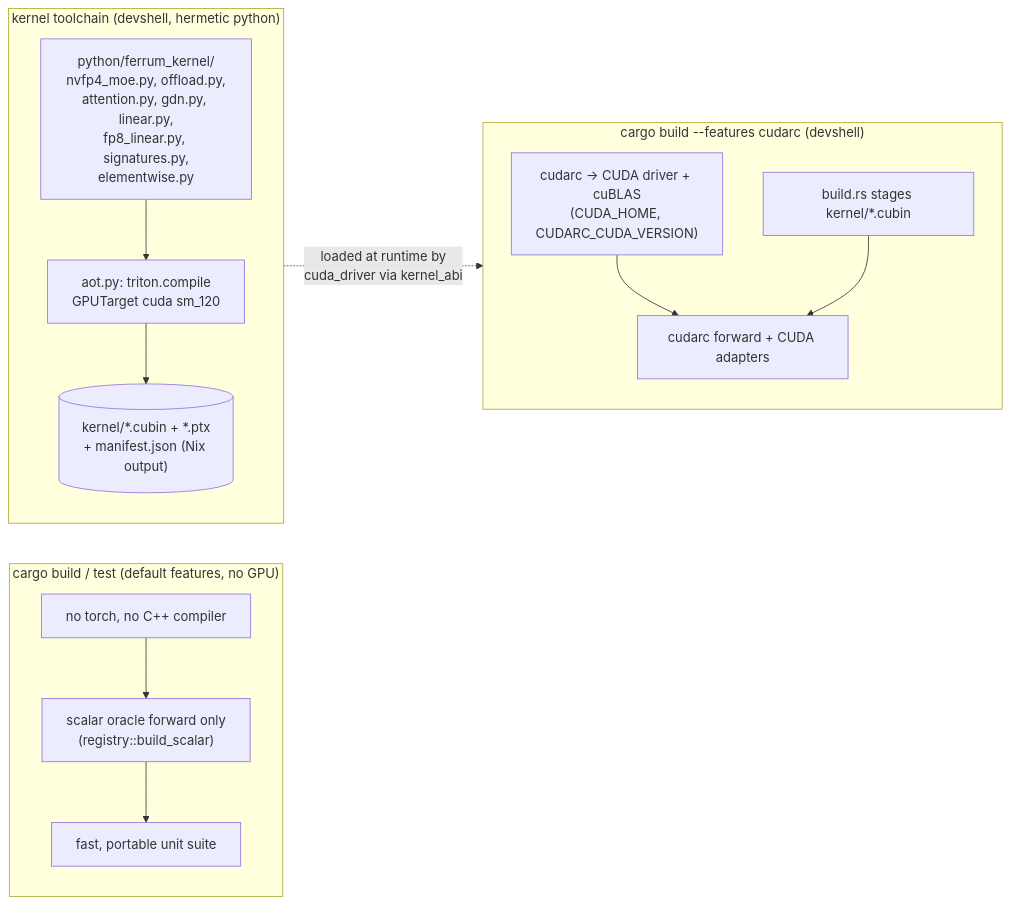
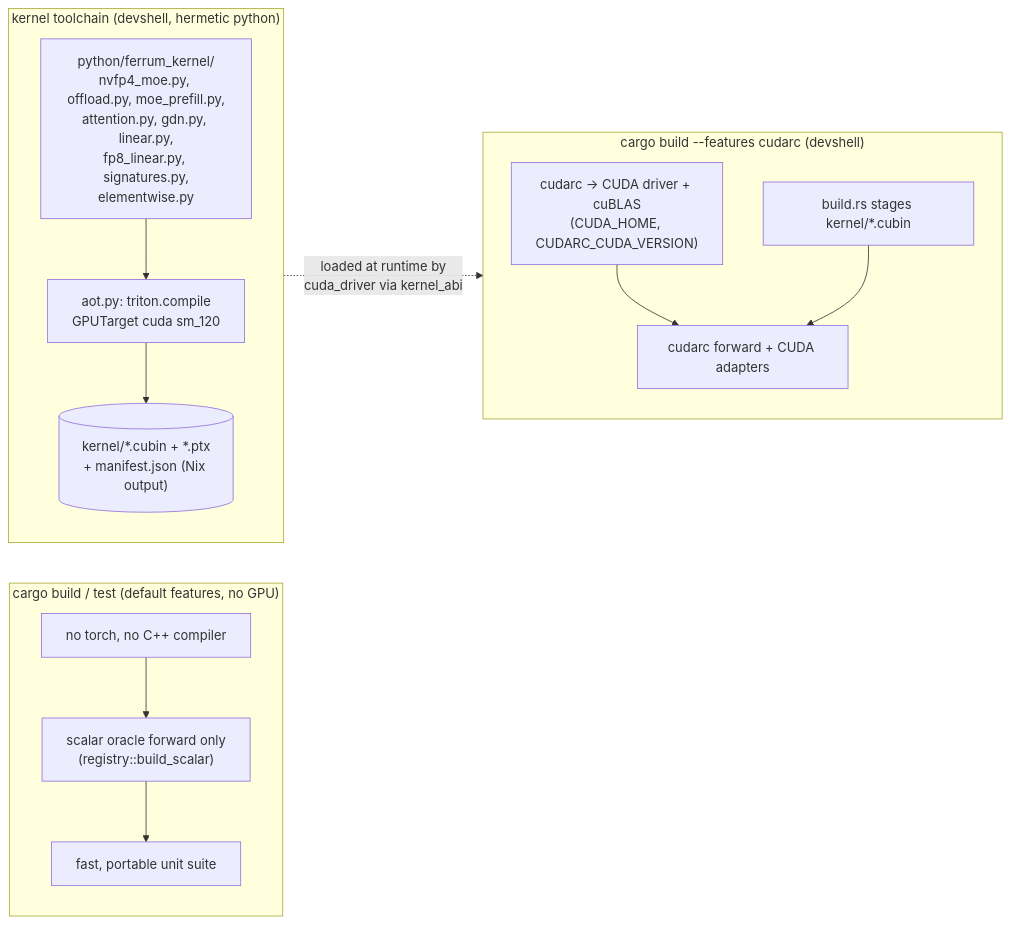
Before and after one commit to butzist/ferrum-torrens: the second of 15 diagrams in ARCHITECTURE.md, drawn with Mermaid. The commit also changed other lines of this file and 9 other files, not shown here.

````diff
--- a/ARCHITECTURE.md
+++ b/ARCHITECTURE.md
@@ -171,27 +171,27 @@
 ```mermaid
 flowchart LR
   subgraph CPUBuild["cargo build / test (default features, no GPU)"]
     C1["no torch, no C++ compiler"] --> C2["scalar oracle forward only\n(registry::build_scalar)"]
     C2 --> C3["fast, portable unit suite"]
   end
 
   subgraph CudaBuild["cargo build --features cudarc (devshell)"]
     direction TB
     G1["cudarc -> CUDA driver + cuBLAS\n(CUDA_HOME, CUDARC_CUDA_VERSION)"]
     G2["build.rs stages kernel/*.cubin"]
     G3["cudarc forward + CUDA adapters"]
     G1 --> G3
     G2 --> G3
   end
 
   subgraph KernelAOT["kernel toolchain (devshell, hermetic python)"]
     direction TB
-    K1["python/ferrum_kernel/\nnvfp4_moe.py, offload.py,\nattention.py, gdn.py, linear.py,\nfp8_linear.py, signatures.py,
+    K1["python/ferrum_kernel/\nnvfp4_moe.py, offload.py, moe_prefill.py,\nattention.py, gdn.py, linear.py,\nfp8_linear.py, signatures.py,
 elementwise.py"]
     K2["aot.py: triton.compile\nGPUTarget cuda sm_120"]
     K3[("kernel/*.cubin + *.ptx\n+ manifest.json (Nix output)")]
     K1 --> K2 --> K3
   end
 
   K3 -. "loaded at runtime by\ncuda_driver via kernel_abi" .-> G3
 ```
````
